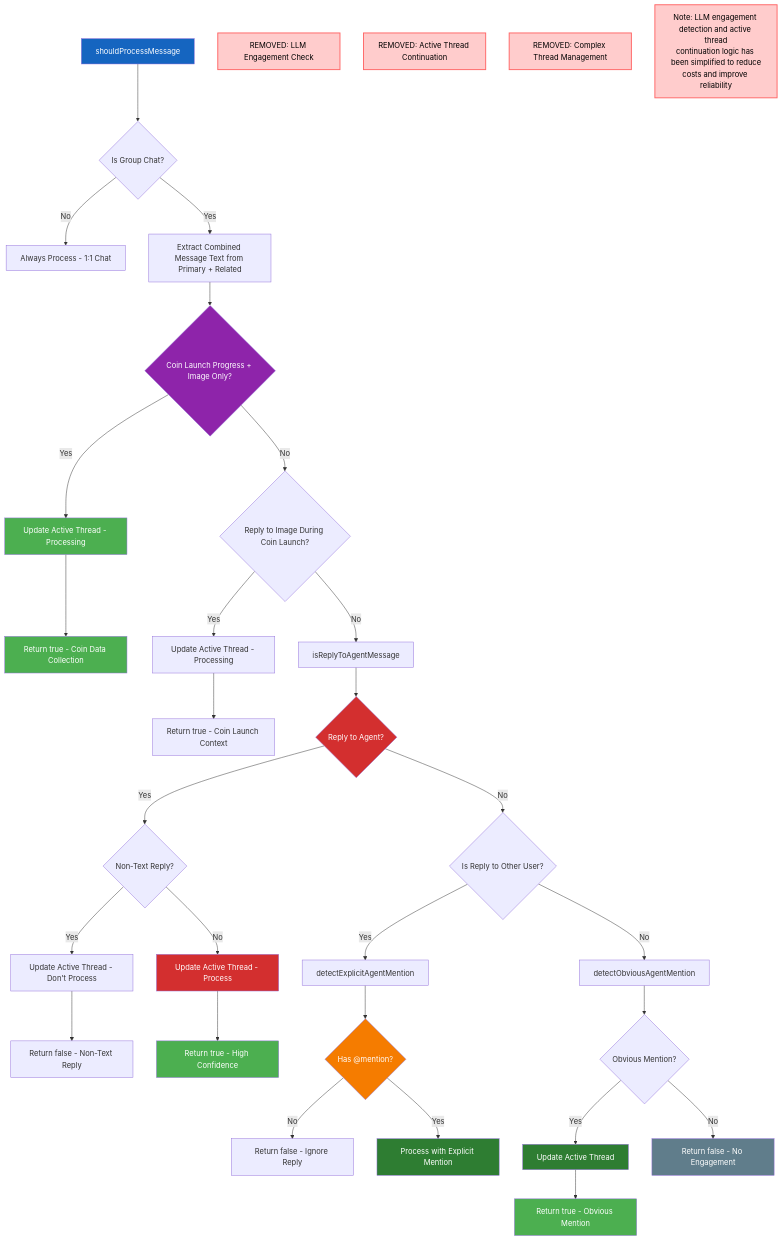
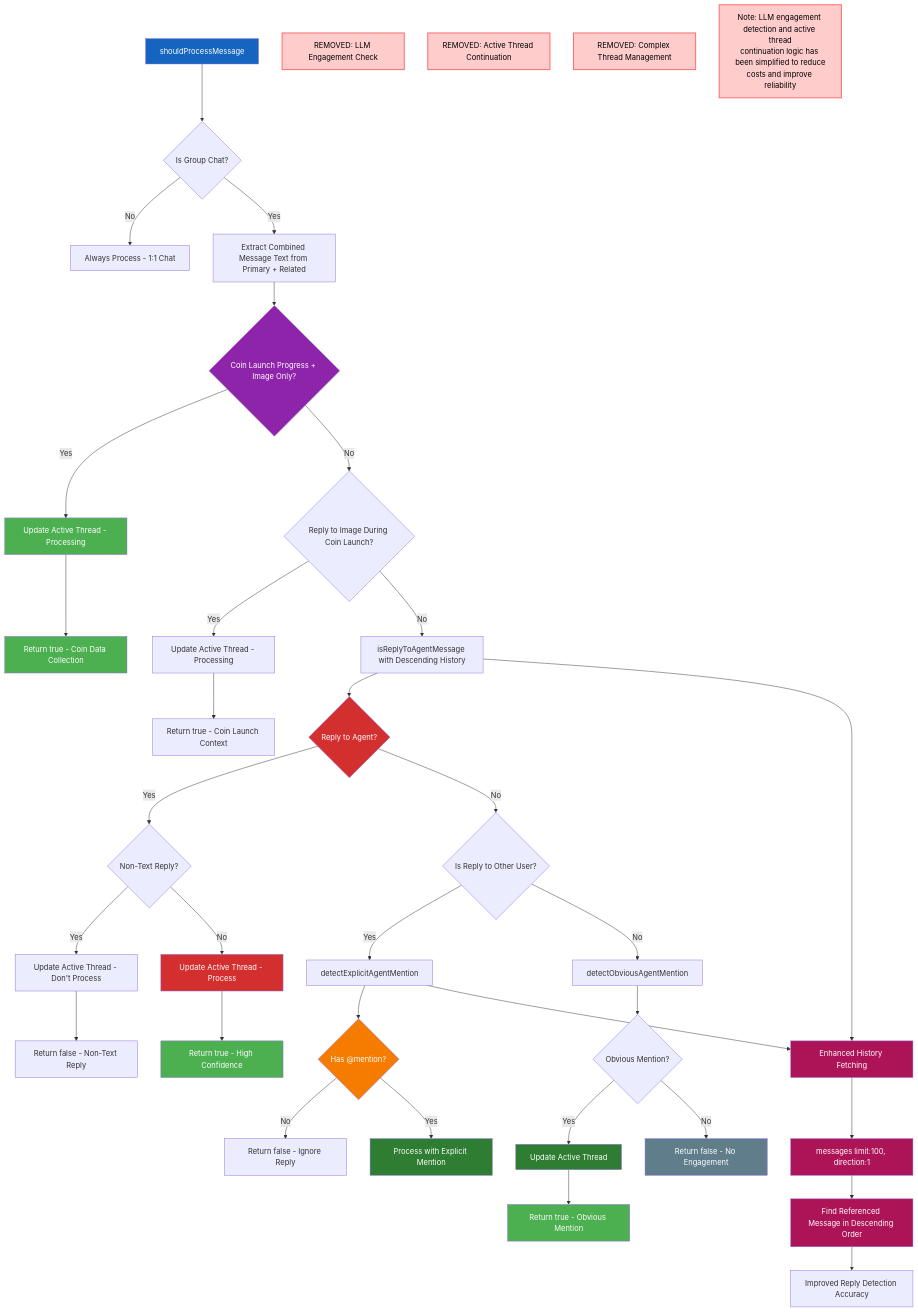
The fourth of 13 diagrams in SYSTEM_ARCHITECTURE.md (flayerlabs/xmtp-flaunchy), drawn with Mermaid before and after one commit. The commit also changed other lines of this file, not shown here.

Commit message:
update system architecture

````diff
--- a/SYSTEM_ARCHITECTURE.md
+++ b/SYSTEM_ARCHITECTURE.md
@@ -242,56 +272,66 @@
 ```mermaid
 graph TD
     A[shouldProcessMessage] --> B{Is Group Chat?}
     B -->|No| C[Always Process - 1:1 Chat]
     B -->|Yes| D[Extract Combined Message Text from Primary + Related]
 
     D --> E{Coin Launch Progress + Image Only?}
     E -->|Yes| F[Update Active Thread - Processing]
     F --> G[Return true - Coin Data Collection]
 
     E -->|No| H{Reply to Image During Coin Launch?}
     H -->|Yes| I[Update Active Thread - Processing]
     I --> J[Return true - Coin Launch Context]
 
-    H -->|No| K[isReplyToAgentMessage]
+    H -->|No| K[isReplyToAgentMessage with Descending History]
     K --> L{Reply to Agent?}
     L -->|Yes| M{Non-Text Reply?}
     M -->|Yes| N[Update Active Thread - Don't Process]
     M -->|No| O[Update Active Thread - Process]
 
     N --> P[Return false - Non-Text Reply]
     O --> Q[Return true - High Confidence]
 
     L -->|No| R{Is Reply to Other User?}
     R -->|Yes| S[detectExplicitAgentMention]
     S --> T{Has @mention?}
     T -->|No| U[Return false - Ignore Reply]
     T -->|Yes| V[Process with Explicit Mention]
 
     R -->|No| W[detectObviousAgentMention]
     W --> X{Obvious Mention?}
     X -->|Yes| Y[Update Active Thread]
     Y --> Z[Return true - Obvious Mention]
 
     X -->|No| AA[Return false - No Engagement]
 
+    BB[Enhanced History Fetching] --> CC[messages limit:100, direction:1]
+    CC --> DD[Find Referenced Message in Descending Order]
+    DD --> EE[Improved Reply Detection Accuracy]
+
+    K --> BB
+    S --> BB
+
     style A fill:#1565C0,color:#ffffff
     style E fill:#8E24AA,color:#ffffff
     style F fill:#4CAF50,color:#ffffff
     style G fill:#4CAF50,color:#ffffff
     style L fill:#D32F2F,color:#ffffff
     style O fill:#D32F2F,color:#ffffff
     style Q fill:#4CAF50,color:#ffffff
     style T fill:#F57C00,color:#ffffff
     style V fill:#2E7D32,color:#ffffff
     style Y fill:#2E7D32,color:#ffffff
     style Z fill:#4CAF50,color:#ffffff
     style AA fill:#607D8B,color:#ffffff
+    style BB fill:#AD1457,color:#ffffff
+    style CC fill:#AD1457,color:#ffffff
+    style DD fill:#AD1457,color:#ffffff
 
     classDef removed fill:#ffcccc,stroke:#ff6666,stroke-width:2px,color:#000000
 
-    BB[REMOVED: LLM Engagement Check]:::removed
-    CC[REMOVED: Active Thread Continuation]:::removed
-    DD[REMOVED: Complex Thread Management]:::removed
-    EE["Note: LLM engagement detection and active thread<br/>continuation logic has been simplified to reduce<br/>costs and improve reliability"]:::removed
+    FF[REMOVED: LLM Engagement Check]:::removed
+    GG[REMOVED: Active Thread Continuation]:::removed
+    HH[REMOVED: Complex Thread Management]:::removed
+    II["Note: LLM engagement detection and active thread<br/>continuation logic has been simplified to reduce<br/>costs and improve reliability"]:::removed
 ```
````
